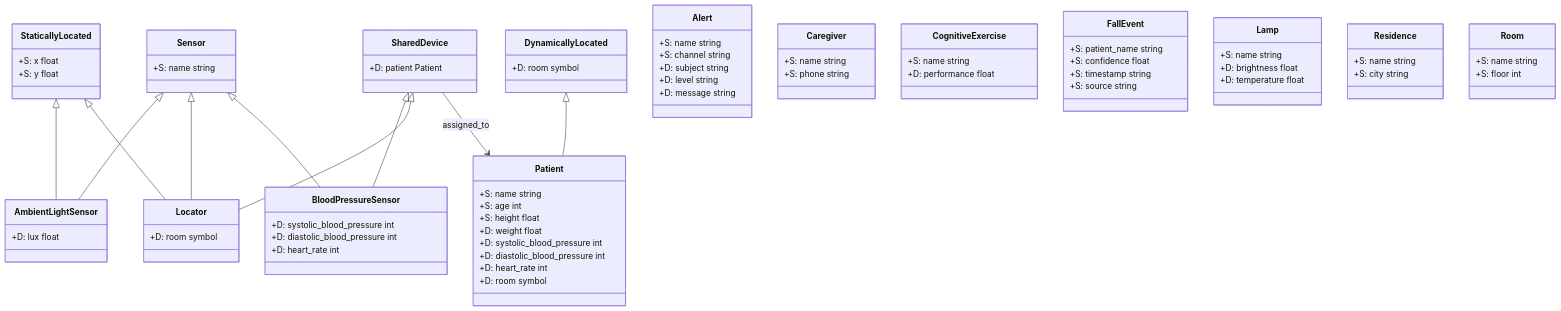
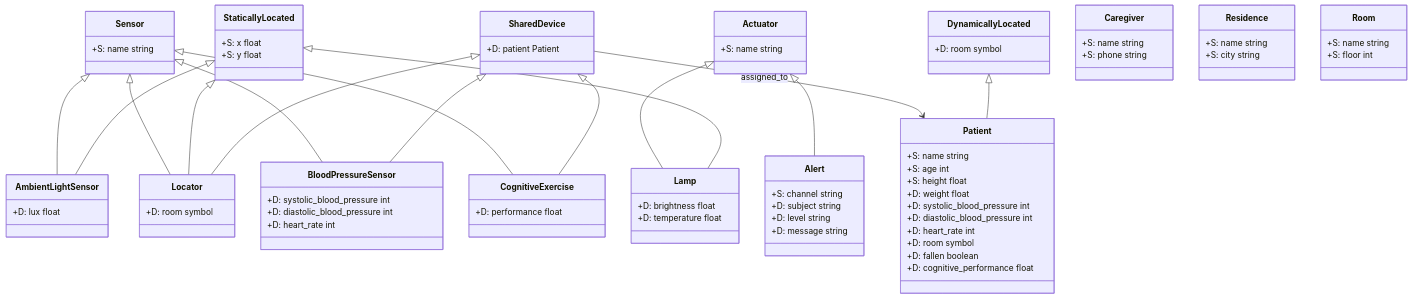
The diagram in classes/README.md (pstlab/ERMES), drawn with Mermaid before and after one commit. The commit also changed other lines of this file and 10 other files, not shown here.

Commit message:
feat: update class definitions and add actuator and cognitive performance rules

````diff
--- a/classes/README.md
+++ b/classes/README.md
@@ -86,20 +9,5 @@
 ```mermaid
 classDiagram
-	direction TB
-	class Sensor {
-        +S: name string
-    }
-	class StaticallyLocated {
-		+S: x float
-		+S: y float
-	}
-	class DynamicallyLocated {
-		+D: room symbol
-	}
-	class SharedDevice {
-		+D: patient Patient
-	}
-
 	class Patient {
 		+S: name string
 		+S: age int
@@ -109,62 +17,92 @@
 		+D: diastolic_blood_pressure int
 		+D: heart_rate int
         +D: room symbol
+        +D: fallen boolean
+        +D: cognitive_performance float
+	}
+
+	class Sensor {
+        +S: name string
+    }
+
+	class Actuator {
+        +S: name string
+    }
+
+	class StaticallyLocated {
+		+S: x float
+		+S: y float
+	}
+
+	class DynamicallyLocated {
+		+D: room symbol
+	}
+
+	class SharedDevice {
+		+D: patient Patient
 	}
 
 	class AmbientLightSensor {
 		+D: lux float
 	}
+
 	class BloodPressureSensor {
 		+D: systolic_blood_pressure int
 		+D: diastolic_blood_pressure int
 		+D: heart_rate int
 	}
+
 	class Locator {
 		+D: room symbol
 	}
 
 	class Alert {
-		+S: name string
 		+S: channel string
 		+D: subject string
 		+D: level string
 		+D: message string
 	}
+
 	class Caregiver {
 		+S: name string
 		+S: phone string
 	}
+
 	class CognitiveExercise {
-		+S: name string
 		+D: performance float
 	}
-	class FallEvent {
-		+S: patient_name string
-		+S: confidence float
-		+S: timestamp string
-		+S: source string
-	}
+
 	class Lamp {
-		+S: name string
 		+D: brightness float
 		+D: temperature float
 	}
+
 	class Residence {
 		+S: name string
 		+S: city string
 	}
+
 	class Room {
 		+S: name string
 		+S: floor int
 	}
 
 	Sensor <|-- AmbientLightSensor
+	Sensor <|-- Locator
+	Sensor <|-- BloodPressureSensor
+	Sensor <|-- CognitiveExercise
+
+    Actuator <|-- Lamp
+    Actuator <|-- Alert
+
 	StaticallyLocated <|-- AmbientLightSensor
-	Sensor <|-- Locator
+	StaticallyLocated <|-- Lamp
 	StaticallyLocated <|-- Locator
-	Sensor <|-- BloodPressureSensor
+
+	SharedDevice --> Patient : assigned_to
 	SharedDevice <|-- BloodPressureSensor
+	SharedDevice <|-- CognitiveExercise
 	SharedDevice <|-- Locator
+
     DynamicallyLocated <|-- Patient
-	SharedDevice --> Patient : assigned_to
 ```
````
